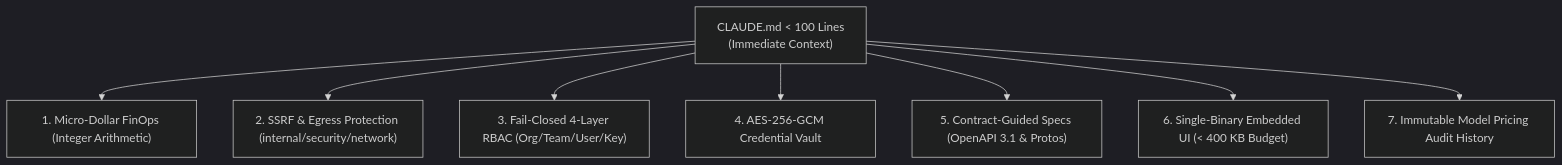
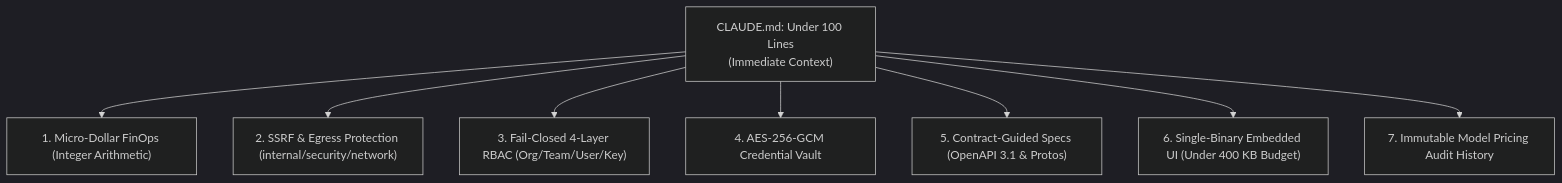
One commit to goroute-ai/goroute-ai.github.io changed the diagram in docs/operations/claude-code-and-agents.md. Above: the diagram before and after it, drawn with Mermaid (dark theme). The commit also changed 13 other files, not shown here.

Commit message:
fix(docs): resolve Mermaid syntax errors and unquoted edge labels across guides

````diff
--- a/docs/operations/claude-code-and-agents.md
+++ b/docs/operations/claude-code-and-agents.md
@@ -23,11 +23,11 @@
 ```mermaid
 graph TD
-    Root["CLAUDE.md &lt; 100 Lines<br/>(Immediate Context)"]
+    Root["CLAUDE.md: Under 100 Lines<br/>(Immediate Context)"]
     Root --> Inv1["1. Micro-Dollar FinOps (Integer Arithmetic)"]
     Root --> Inv2["2. SSRF & Egress Protection (internal/security/network)"]
     Root --> Inv3["3. Fail-Closed 4-Layer RBAC (Org/Team/User/Key)"]
     Root --> Inv4["4. AES-256-GCM Credential Vault"]
     Root --> Inv5["5. Contract-Guided Specs (OpenAPI 3.1 & Protos)"]
-    Root --> Inv6["6. Single-Binary Embedded UI (&lt; 400 KB Budget)"]
+    Root --> Inv6["6. Single-Binary Embedded UI (Under 400 KB Budget)"]
     Root --> Inv7["7. Immutable Model Pricing Audit History"]
 ```
````
